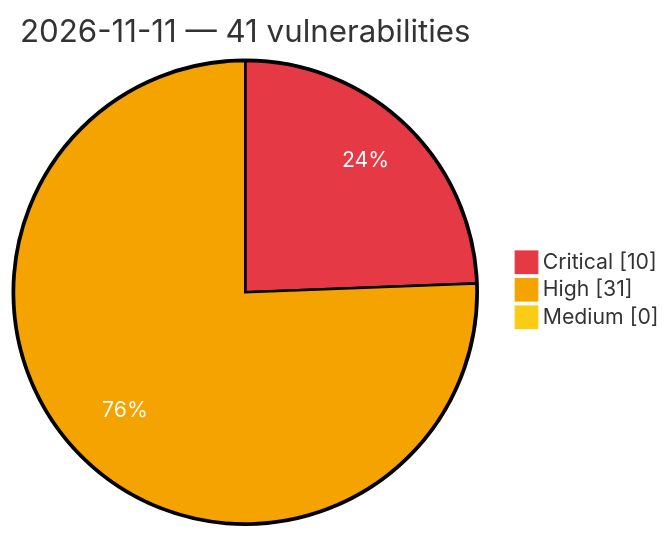
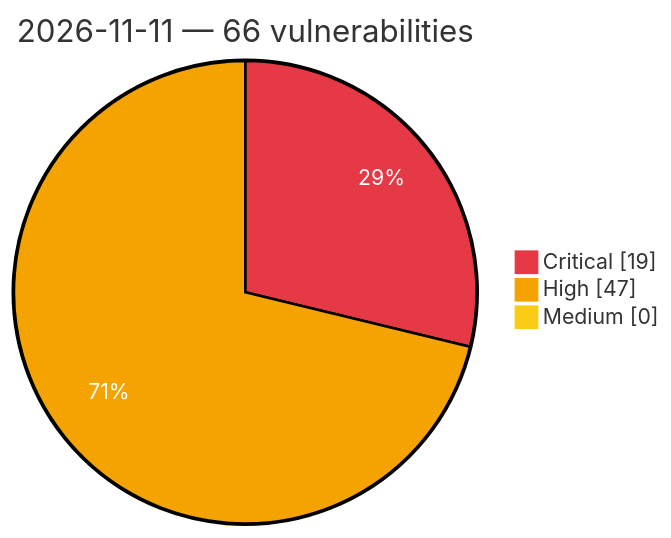
One commit to GhostX0X/vuln-tracker changed the diagram in vulnerabilities/2026/November/2026-11-11.md. Above: the diagram before and after it, drawn with Mermaid. The commit also changed other lines of this file and 5 other files, not shown here.

Commit message:
Auto update: critical/high vulns (2026-11-12 00:24 UTC)

````diff
--- a/vulnerabilities/2026/November/2026-11-11.md
+++ b/vulnerabilities/2026/November/2026-11-11.md
@@ -3,8 +3,8 @@
 ```mermaid
 %%{init: {'theme':'base', 'themeVariables': {'pie1':'#e63946', 'pie2':'#f4a300', 'pie3':'#facc15', 'pieOpacity':'1', 'pieOuterStrokeWidth':'2px', 'pieSectionTextColor':'#ffffff'}}}%%
 pie showData
-    title 2026-11-11 — 41 vulnerabilities
-    "Critical" : 10
-    "High" : 31
+    title 2026-11-11 — 66 vulnerabilities
+    "Critical" : 19
+    "High" : 47
     "Medium" : 0
 ```
````
